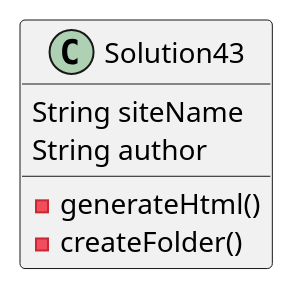
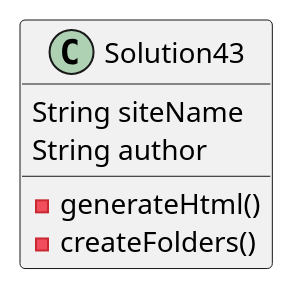
Before and after one commit to J-Caques/caques-a04: the diagram in exercise43/docs/Solution43.puml, drawn with PlantUML. The commit also changed 2 other files, not shown here.

Commit message:
Completed test for createFolders method

```diff
--- a/exercise43/docs/Solution43.puml
+++ b/exercise43/docs/Solution43.puml
@@ -1,12 +1,12 @@
 @startuml
 'https://plantuml.com/class-diagram
 
 class Solution43{
     String siteName
     String author
 
     -generateHtml()
-    -createFolder()
+    -createFolders()
 }
 
 @enduml
```
